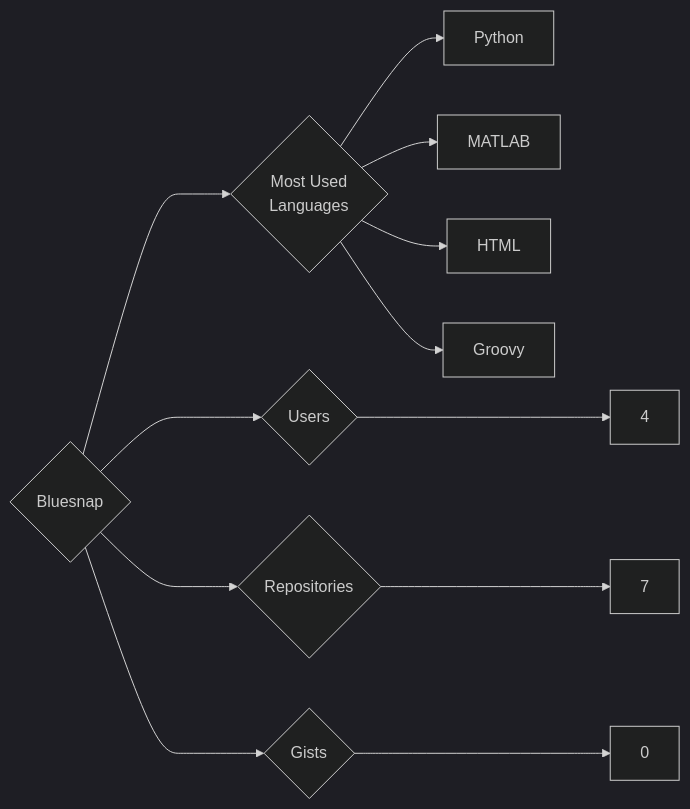
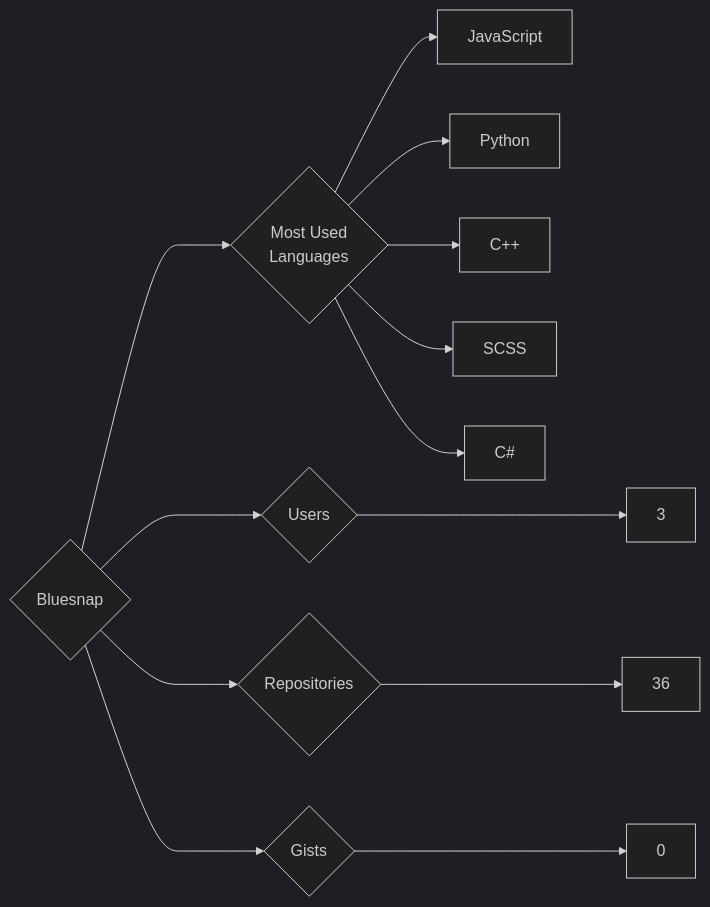
One commit to trickest/insiders changed the diagram in targets/Bluesnap/README.md. Above: the diagram before and after it, drawn with Mermaid (dark theme). The commit also changed 935 other files, not shown here.

````diff
--- a/targets/Bluesnap/README.md
+++ b/targets/Bluesnap/README.md
@@ -3,12 +3,13 @@
 ```mermaid
 graph LR
 COMPANY_NAME{Bluesnap}
-COMPANY_NAME ---> U{Users} ---> UN[4]
-COMPANY_NAME ---> R{Repositories} ---> RN[7]
+COMPANY_NAME ---> U{Users} ---> UN[3]
+COMPANY_NAME ---> R{Repositories} ---> RN[36]
 COMPANY_NAME ---> G{Gists} ---> GN[0]
 COMPANY_NAME ---> ML{Most Used<br>Languages}
+ML --> JavaScript[JavaScript]
 ML --> Python[Python]
-ML --> MATLAB[MATLAB]
-ML --> HTML[HTML]
-ML --> Groovy[Groovy]
+ML --> C++[C++]
+ML --> SCSS[SCSS]
+ML --> C#[C#]
 ```
````
